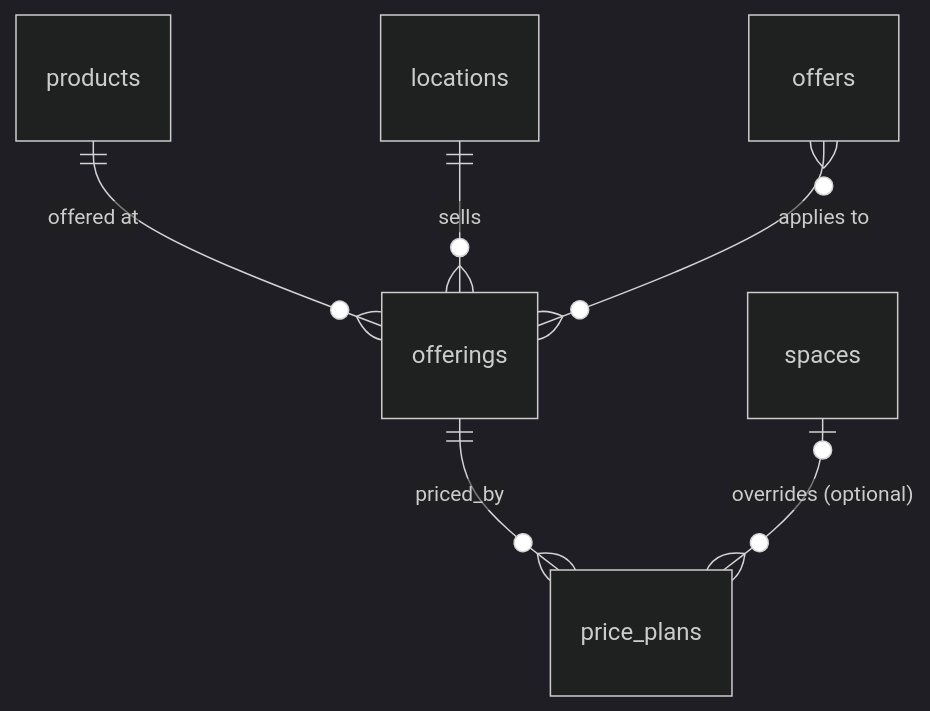
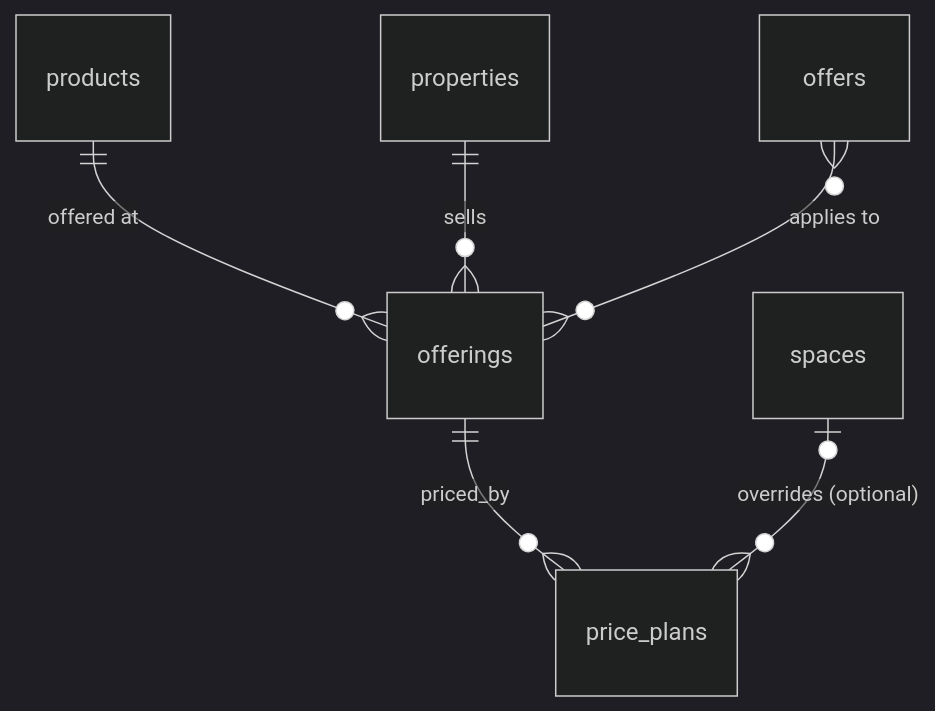
Before and after one commit to ErSuryaPrakashChamoli/smartgo: the third of 6 diagrams in docs/architecture/DATABASE_ERD.md, drawn with Mermaid (dark theme). The commit also changed other lines of this file and 26 other files, not shown here.

````diff
--- a/docs/architecture/DATABASE_ERD.md
+++ b/docs/architecture/DATABASE_ERD.md
@@ -162,8 +165,8 @@
 ```mermaid
 erDiagram
   products ||--o{ offerings : "offered at"
-  locations ||--o{ offerings : sells
+  properties ||--o{ offerings : sells
   offerings ||--o{ price_plans : priced_by
   spaces |o--o{ price_plans : "overrides (optional)"
   offers }o--o{ offerings : "applies to"
 ```
````
